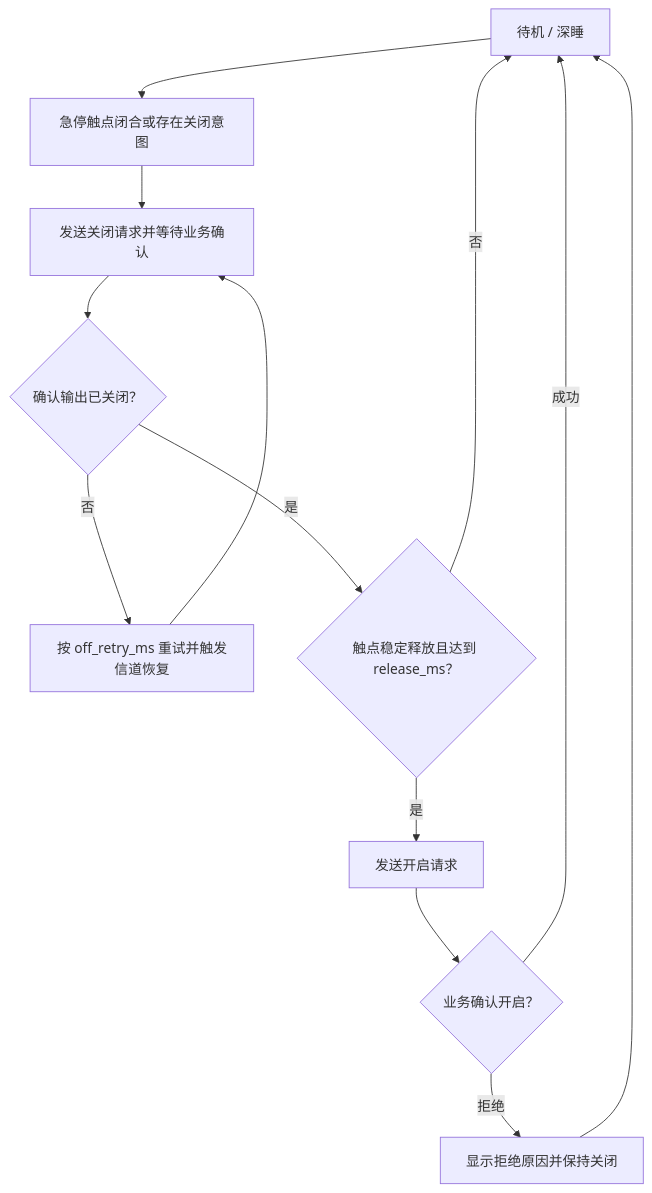
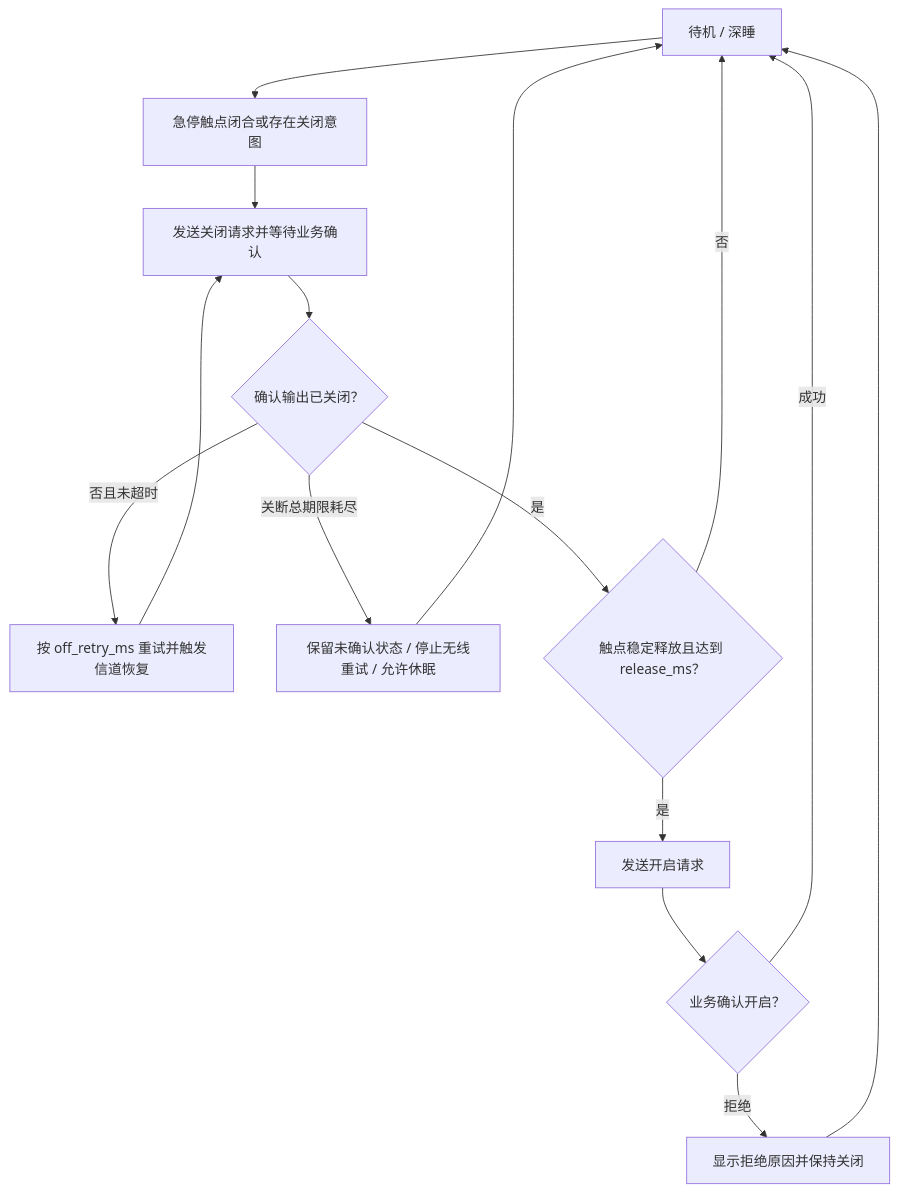
The first of 3 diagrams in README.md (qingmeijiupiao/Wireless_power_emergency_stop), drawn with Mermaid before and after one commit. The commit also changed other lines of this file and 131 other files, not shown here.

````diff
--- a/README.md
+++ b/README.md
@@ -40,15 +40,17 @@
 ```mermaid
 flowchart TD
     Idle["待机 / 深睡"] --> Close["急停触点闭合或存在关闭意图"]
     Close --> StopTx["发送关闭请求并等待业务确认"]
     StopTx --> StopAck{"确认输出已关闭？"}
-    StopAck -->|否| Retry["按 off_retry_ms 重试并触发信道恢复"]
+    StopAck -->|否且未超时| Retry["按 off_retry_ms 重试并触发信道恢复"]
+    StopAck -->|关断总期限耗尽| Timeout["保留未确认状态 / 停止无线重试 / 允许休眠"]
+    Timeout --> Idle
     Retry --> StopTx
     StopAck -->|是| Release{"触点稳定释放且达到 release_ms？"}
     Release -->|否| Idle
     Release -->|是| OnTx["发送开启请求"]
     OnTx --> OnAck{"业务确认开启？"}
     OnAck -->|拒绝| Notice["显示拒绝原因并保持关闭"]
     OnAck -->|成功| Idle
     Notice --> Idle
 ```
````
